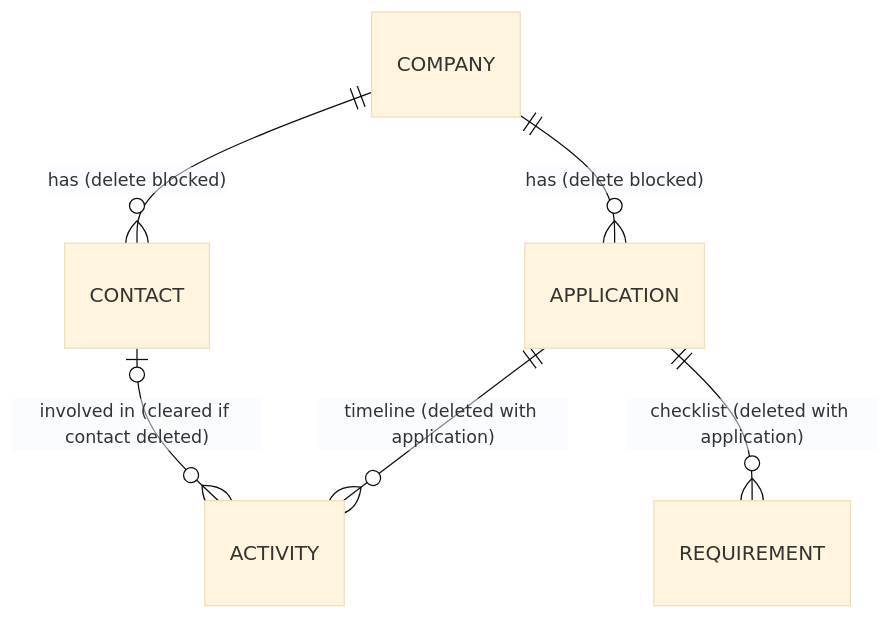
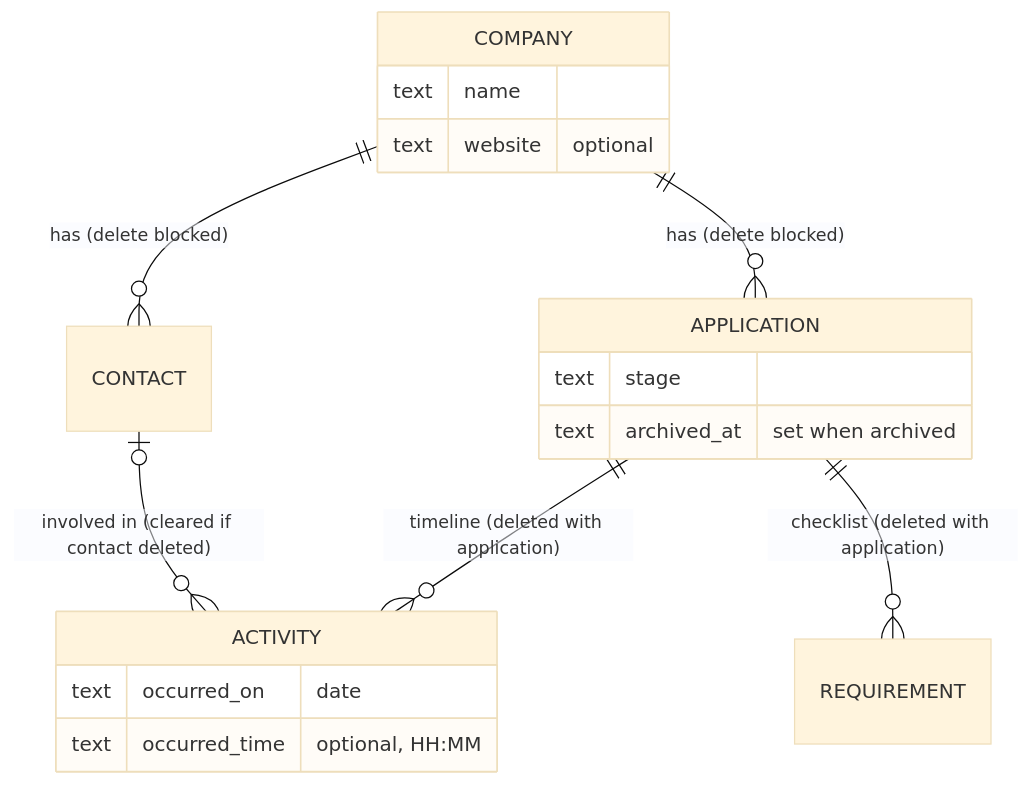
One commit to gurungsh/job-tracker changed the third of 4 diagrams in README.md. Above: the diagram before and after it, drawn with Mermaid (base theme). The commit also changed other lines of this file and 65 other files, not shown here.

````diff
--- a/README.md
+++ b/README.md
@@ -122,8 +123,20 @@
 ```mermaid
 erDiagram
+  COMPANY {
+    text name
+    text website "optional"
+  }
+  APPLICATION {
+    text stage
+    text archived_at "set when archived"
+  }
+  ACTIVITY {
+    text occurred_on "date"
+    text occurred_time "optional, HH:MM"
+  }
   COMPANY ||--o{ APPLICATION : "has (delete blocked)"
   COMPANY ||--o{ CONTACT : "has (delete blocked)"
   APPLICATION ||--o{ ACTIVITY : "timeline (deleted with application)"
   APPLICATION ||--o{ REQUIREMENT : "checklist (deleted with application)"
   CONTACT |o--o{ ACTIVITY : "involved in (cleared if contact deleted)"
 ```
````
